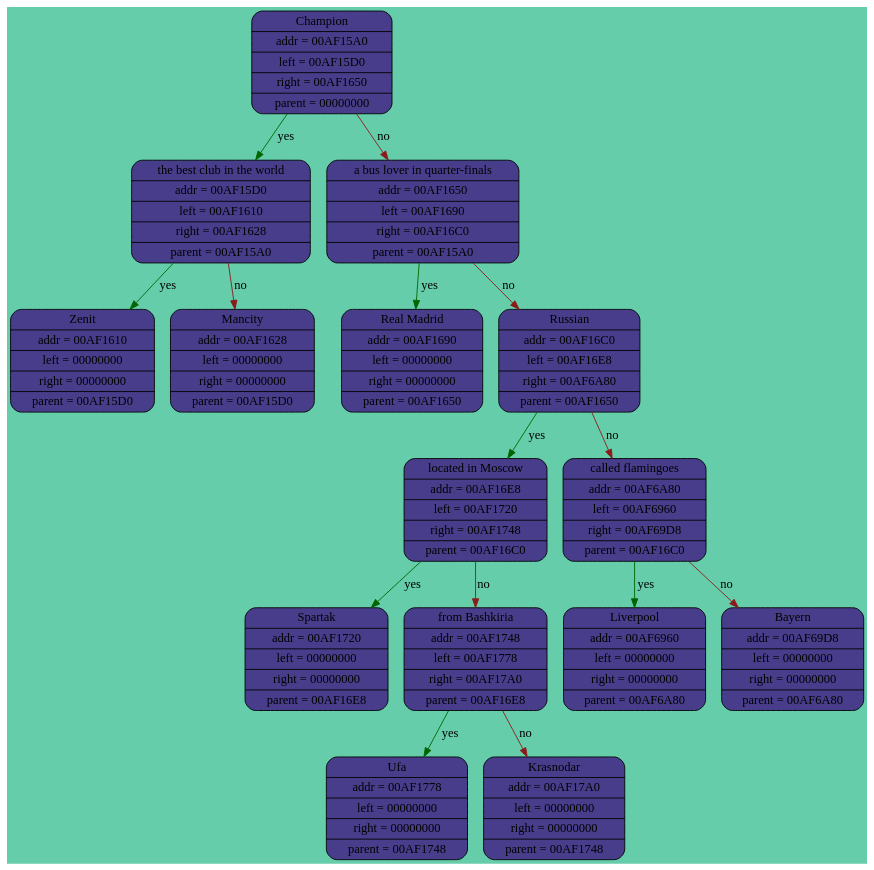
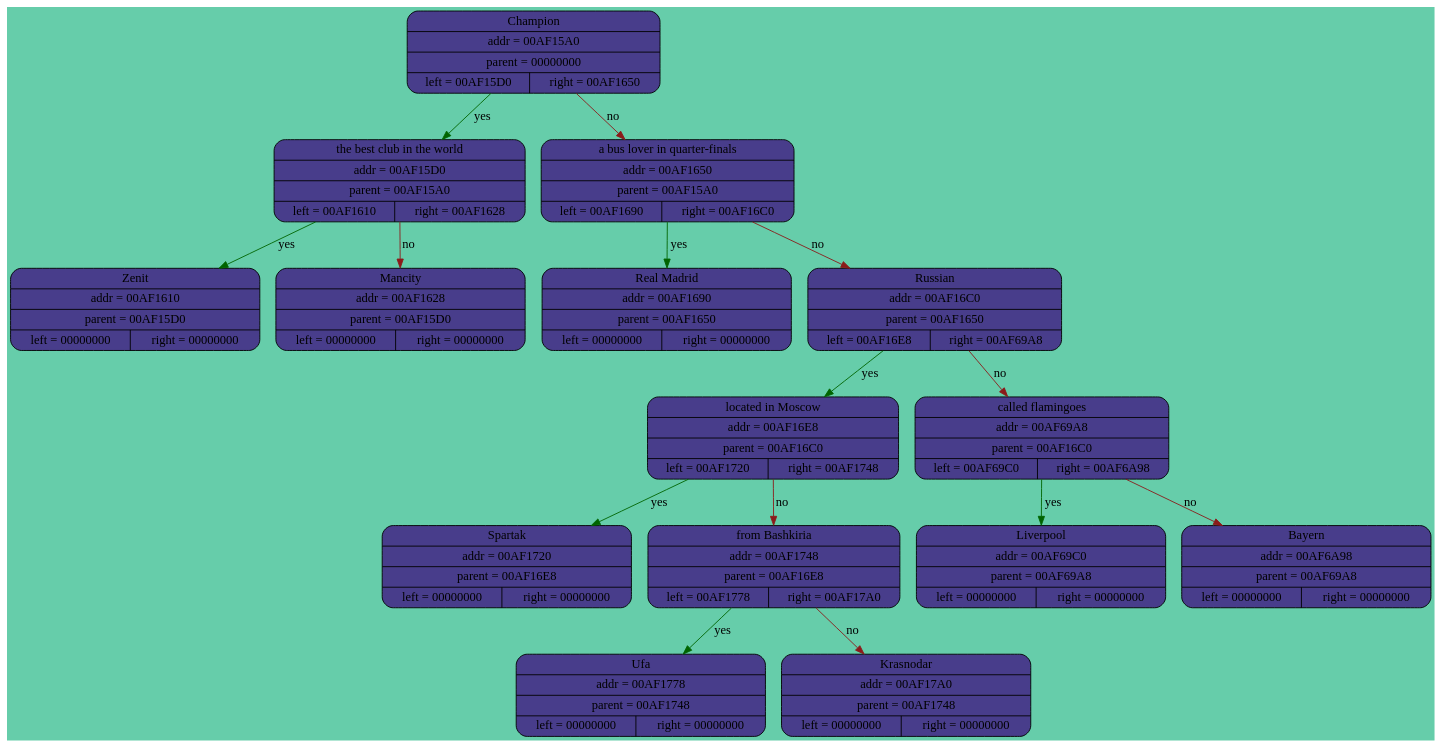
The diagram in Dump.dot (maachs/Akinator), drawn with Graphviz before and after one commit. The commit also changed 16 other files, not shown here.

```diff
--- a/Dump.dot
+++ b/Dump.dot
@@ -1,41 +1,41 @@
 digraph G
 {
  rankdir = UD
 bgcolor = "aquamarine3"
-"Champion" [shape = Mrecord, style = "filled", fillcolor = "darkslateblue", label = "{Champion | addr = 00AF15A0 | left = 00AF15D0 | right = 00AF1650 | parent = 00000000}"];
-"the best club in the world" [shape = Mrecord, style = "filled", fillcolor = "darkslateblue", label = "{the best club in the world | addr = 00AF15D0 | left = 00AF1610 | right = 00AF1628 | parent = 00AF15A0}"];
-"Zenit" [shape = Mrecord, style = "filled", fillcolor = "darkslateblue", label = "{Zenit | addr = 00AF1610 | left = 00000000 | right = 00000000 | parent = 00AF15D0}"];
+"Champion" [shape = Mrecord, style = "filled", fillcolor = "darkslateblue", label = "{Champion | addr = 00AF15A0 | parent = 00000000 | {left = 00AF15D0 | right = 00AF1650}}"];
+"the best club in the world" [shape = Mrecord, style = "filled", fillcolor = "darkslateblue", label = "{the best club in the world | addr = 00AF15D0 | parent = 00AF15A0 | {left = 00AF1610 | right = 00AF1628}}"];
+"Zenit" [shape = Mrecord, style = "filled", fillcolor = "darkslateblue", label = "{Zenit | addr = 00AF1610 | parent = 00AF15D0 | {left = 00000000 | right = 00000000}}"];
  edge[color = "darkgreen", label = "yes"];
-"the best club in the world" -> "Zenit";"Mancity" [shape = Mrecord, style = "filled", fillcolor = "darkslateblue", label = "{Mancity | addr = 00AF1628 | left = 00000000 | right = 00000000 | parent = 00AF15D0}"];
+"the best club in the world" -> "Zenit";"Mancity" [shape = Mrecord, style = "filled", fillcolor = "darkslateblue", label = "{Mancity | addr = 00AF1628 | parent = 00AF15D0 | {left = 00000000 | right = 00000000}}"];
  edge[color = "firebrick4", label = "no"];
 "the best club in the world" -> "Mancity";
  edge[color = "darkgreen", label = "yes"];
-"Champion" -> "the best club in the world";"a bus lover in quarter-finals" [shape = Mrecord, style = "filled", fillcolor = "darkslateblue", label = "{a bus lover in quarter-finals | addr = 00AF1650 | left = 00AF1690 | right = 00AF16C0 | parent = 00AF15A0}"];
-"Real Madrid" [shape = Mrecord, style = "filled", fillcolor = "darkslateblue", label = "{Real Madrid | addr = 00AF1690 | left = 00000000 | right = 00000000 | parent = 00AF1650}"];
+"Champion" -> "the best club in the world";"a bus lover in quarter-finals" [shape = Mrecord, style = "filled", fillcolor = "darkslateblue", label = "{a bus lover in quarter-finals | addr = 00AF1650 | parent = 00AF15A0 | {left = 00AF1690 | right = 00AF16C0}}"];
+"Real Madrid" [shape = Mrecord, style = "filled", fillcolor = "darkslateblue", label = "{Real Madrid | addr = 00AF1690 | parent = 00AF1650 | {left = 00000000 | right = 00000000}}"];
  edge[color = "darkgreen", label = "yes"];
-"a bus lover in quarter-finals" -> "Real Madrid";"Russian" [shape = Mrecord, style = "filled", fillcolor = "darkslateblue", label = "{Russian | addr = 00AF16C0 | left = 00AF16E8 | right = 00AF6A80 | parent = 00AF1650}"];
-"located in Moscow" [shape = Mrecord, style = "filled", fillcolor = "darkslateblue", label = "{located in Moscow | addr = 00AF16E8 | left = 00AF1720 | right = 00AF1748 | parent = 00AF16C0}"];
-"Spartak" [shape = Mrecord, style = "filled", fillcolor = "darkslateblue", label = "{Spartak | addr = 00AF1720 | left = 00000000 | right = 00000000 | parent = 00AF16E8}"];
+"a bus lover in quarter-finals" -> "Real Madrid";"Russian" [shape = Mrecord, style = "filled", fillcolor = "darkslateblue", label = "{Russian | addr = 00AF16C0 | parent = 00AF1650 | {left = 00AF16E8 | right = 00AF69A8}}"];
+"located in Moscow" [shape = Mrecord, style = "filled", fillcolor = "darkslateblue", label = "{located in Moscow | addr = 00AF16E8 | parent = 00AF16C0 | {left = 00AF1720 | right = 00AF1748}}"];
+"Spartak" [shape = Mrecord, style = "filled", fillcolor = "darkslateblue", label = "{Spartak | addr = 00AF1720 | parent = 00AF16E8 | {left = 00000000 | right = 00000000}}"];
  edge[color = "darkgreen", label = "yes"];
-"located in Moscow" -> "Spartak";"from Bashkiria" [shape = Mrecord, style = "filled", fillcolor = "darkslateblue", label = "{from Bashkiria | addr = 00AF1748 | left = 00AF1778 | right = 00AF17A0 | parent = 00AF16E8}"];
-"Ufa" [shape = Mrecord, style = "filled", fillcolor = "darkslateblue", label = "{Ufa | addr = 00AF1778 | left = 00000000 | right = 00000000 | parent = 00AF1748}"];
+"located in Moscow" -> "Spartak";"from Bashkiria" [shape = Mrecord, style = "filled", fillcolor = "darkslateblue", label = "{from Bashkiria | addr = 00AF1748 | parent = 00AF16E8 | {left = 00AF1778 | right = 00AF17A0}}"];
+"Ufa" [shape = Mrecord, style = "filled", fillcolor = "darkslateblue", label = "{Ufa | addr = 00AF1778 | parent = 00AF1748 | {left = 00000000 | right = 00000000}}"];
  edge[color = "darkgreen", label = "yes"];
-"from Bashkiria" -> "Ufa";"Krasnodar" [shape = Mrecord, style = "filled", fillcolor = "darkslateblue", label = "{Krasnodar | addr = 00AF17A0 | left = 00000000 | right = 00000000 | parent = 00AF1748}"];
+"from Bashkiria" -> "Ufa";"Krasnodar" [shape = Mrecord, style = "filled", fillcolor = "darkslateblue", label = "{Krasnodar | addr = 00AF17A0 | parent = 00AF1748 | {left = 00000000 | right = 00000000}}"];
  edge[color = "firebrick4", label = "no"];
 "from Bashkiria" -> "Krasnodar";
  edge[color = "firebrick4", label = "no"];
 "located in Moscow" -> "from Bashkiria";
  edge[color = "darkgreen", label = "yes"];
-"Russian" -> "located in Moscow";"called flamingoes" [shape = Mrecord, style = "filled", fillcolor = "darkslateblue", label = "{called flamingoes | addr = 00AF6A80 | left = 00AF6960 | right = 00AF69D8 | parent = 00AF16C0}"];
-"Liverpool" [shape = Mrecord, style = "filled", fillcolor = "darkslateblue", label = "{Liverpool | addr = 00AF6960 | left = 00000000 | right = 00000000 | parent = 00AF6A80}"];
+"Russian" -> "located in Moscow";"called flamingoes" [shape = Mrecord, style = "filled", fillcolor = "darkslateblue", label = "{called flamingoes | addr = 00AF69A8 | parent = 00AF16C0 | {left = 00AF69C0 | right = 00AF6A98}}"];
+"Liverpool" [shape = Mrecord, style = "filled", fillcolor = "darkslateblue", label = "{Liverpool | addr = 00AF69C0 | parent = 00AF69A8 | {left = 00000000 | right = 00000000}}"];
  edge[color = "darkgreen", label = "yes"];
-"called flamingoes" -> "Liverpool";"Bayern" [shape = Mrecord, style = "filled", fillcolor = "darkslateblue", label = "{Bayern | addr = 00AF69D8 | left = 00000000 | right = 00000000 | parent = 00AF6A80}"];
+"called flamingoes" -> "Liverpool";"Bayern" [shape = Mrecord, style = "filled", fillcolor = "darkslateblue", label = "{Bayern | addr = 00AF6A98 | parent = 00AF69A8 | {left = 00000000 | right = 00000000}}"];
  edge[color = "firebrick4", label = "no"];
 "called flamingoes" -> "Bayern";
  edge[color = "firebrick4", label = "no"];
 "Russian" -> "called flamingoes";
  edge[color = "firebrick4", label = "no"];
 "a bus lover in quarter-finals" -> "Russian";
  edge[color = "firebrick4", label = "no"];
 "Champion" -> "a bus lover in quarter-finals";
 }
```
